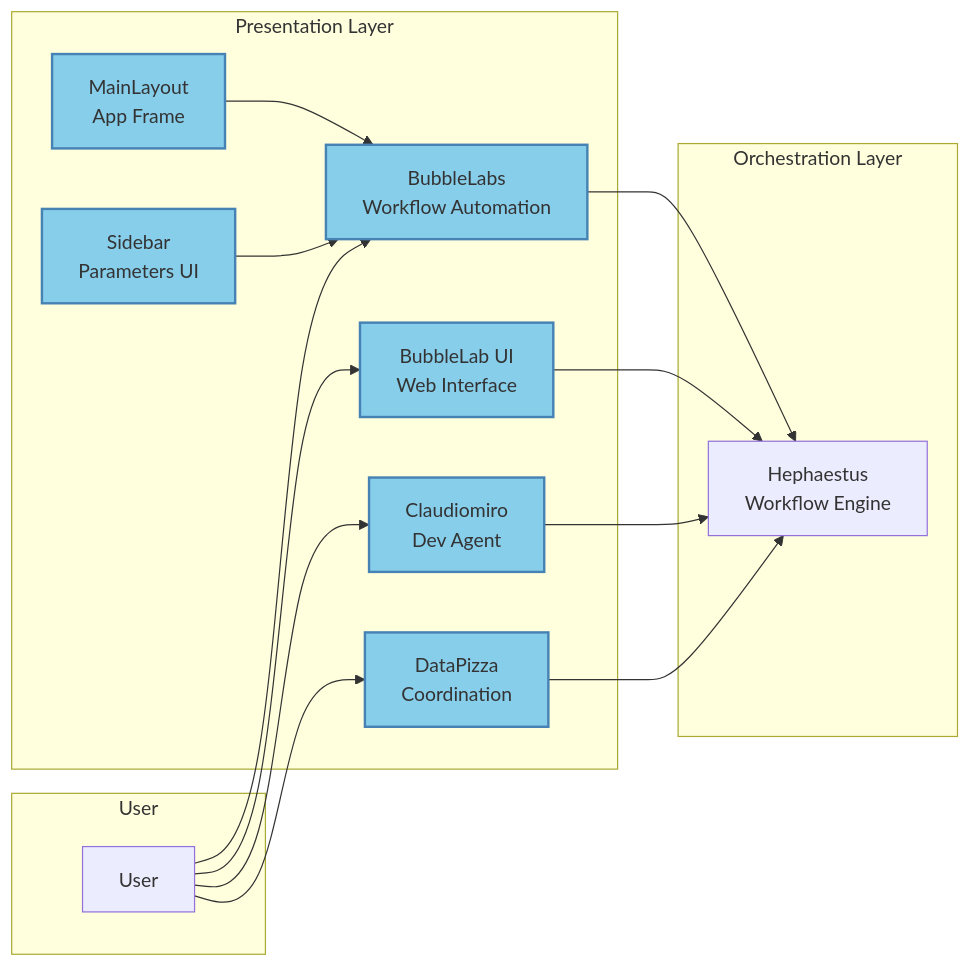
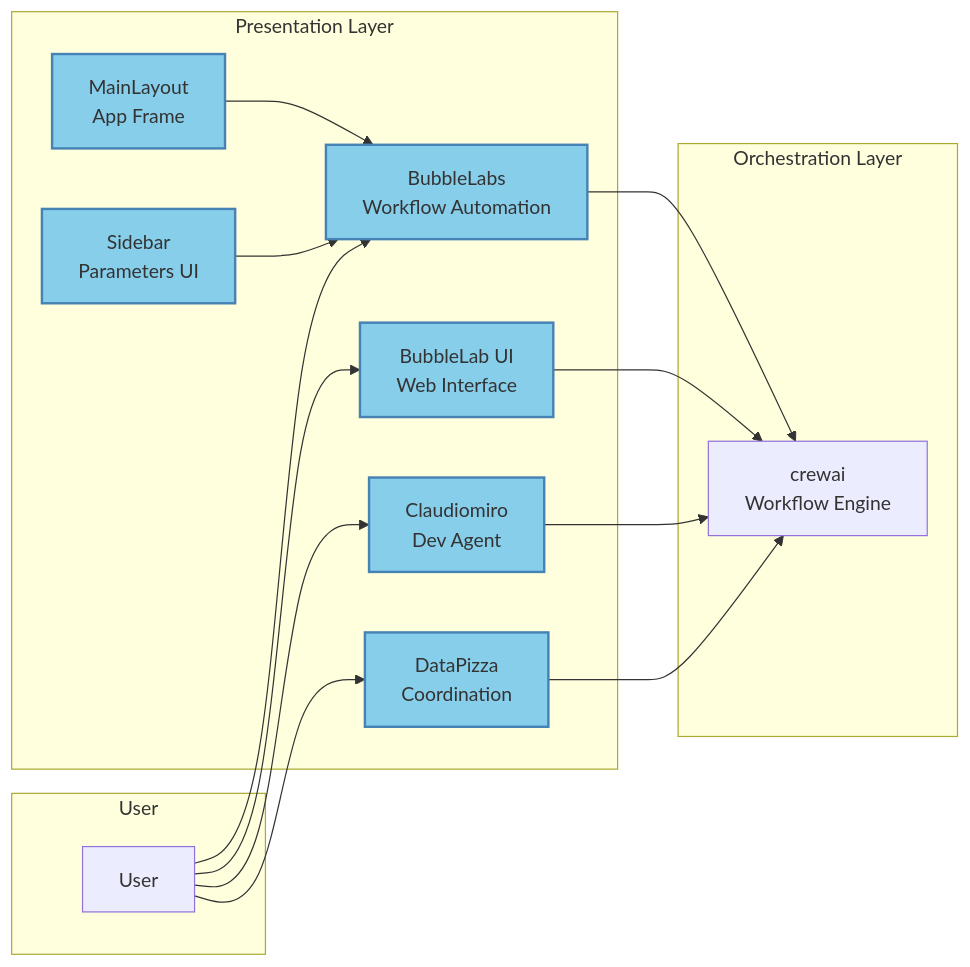
The third of 28 diagrams in docs/integrations/INTEGRATION_ARCHITECTURE_MERMAID.md (jazir555/OpenEvolveFrontend), drawn with Mermaid before and after one commit. The commit also changed other lines of this file and 153 other files, not shown here.

````diff
--- a/docs/integrations/INTEGRATION_ARCHITECTURE_MERMAID.md
+++ b/docs/integrations/INTEGRATION_ARCHITECTURE_MERMAID.md
@@ -292,35 +292,35 @@
 ```mermaid
 graph LR
     subgraph User
         U[User]
     end
 
     subgraph "Presentation Layer"
         BL[BubbleLabs<br/>Workflow Automation]
         SL[BubbleLab UI<br/>Web Interface]
         CM[Claudiomiro<br/>Dev Agent]
         DP[DataPizza<br/>Coordination]
         ML[MainLayout<br/>App Frame]
         SB[Sidebar<br/>Parameters UI]
     end
 
     subgraph "Orchestration Layer"
-        HP[Hephaestus<br/>Workflow Engine]
+        HP[crewai<br/>Workflow Engine]
     end
 
     U --> BL
     U --> SL
     U --> CM
     U --> DP
 
     BL --> HP
     SL --> HP
     CM --> HP
     DP --> HP
 
     ML --> BL
     SB --> BL
 
     classDef uiStyle fill:#87CEEB,stroke:#4682B4,stroke-width:2px
     class BL,SL,CM,DP,ML,SB uiStyle
 ```
````
